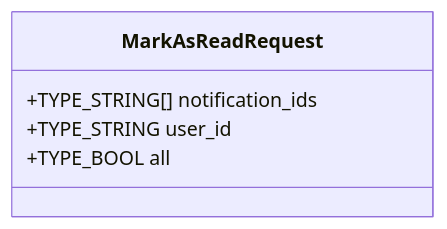
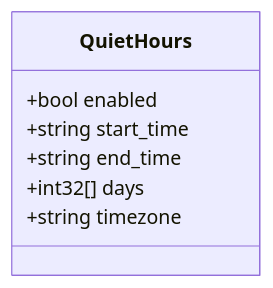
Diagram 18 of 37 in test-monorepo/docs/consolidated/NotificationService.md (kyivinua/root), drawn with Mermaid before and after one commit. The commit also changed other lines of this file and 5 other files, not shown here.

````diff
--- a/test-monorepo/docs/consolidated/NotificationService.md
+++ b/test-monorepo/docs/consolidated/NotificationService.md
@@ -595,8 +989,10 @@
 ```mermaid
 classDiagram
-    class MarkAsReadRequest {
-        +TYPE_STRING[] notification_ids
-        +TYPE_STRING user_id
-        +TYPE_BOOL all
+    class QuietHours {
+        +bool enabled
+        +string start_time
+        +string end_time
+        +int32[] days
+        +string timezone
     }
 ```
````
